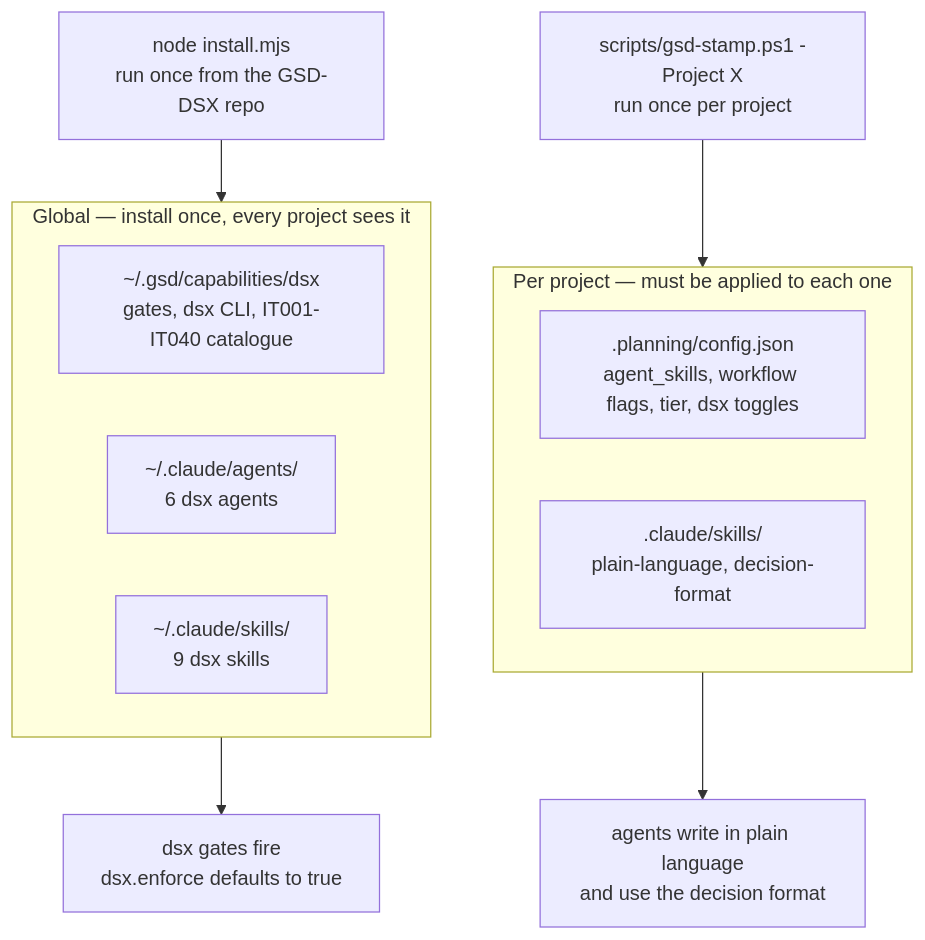
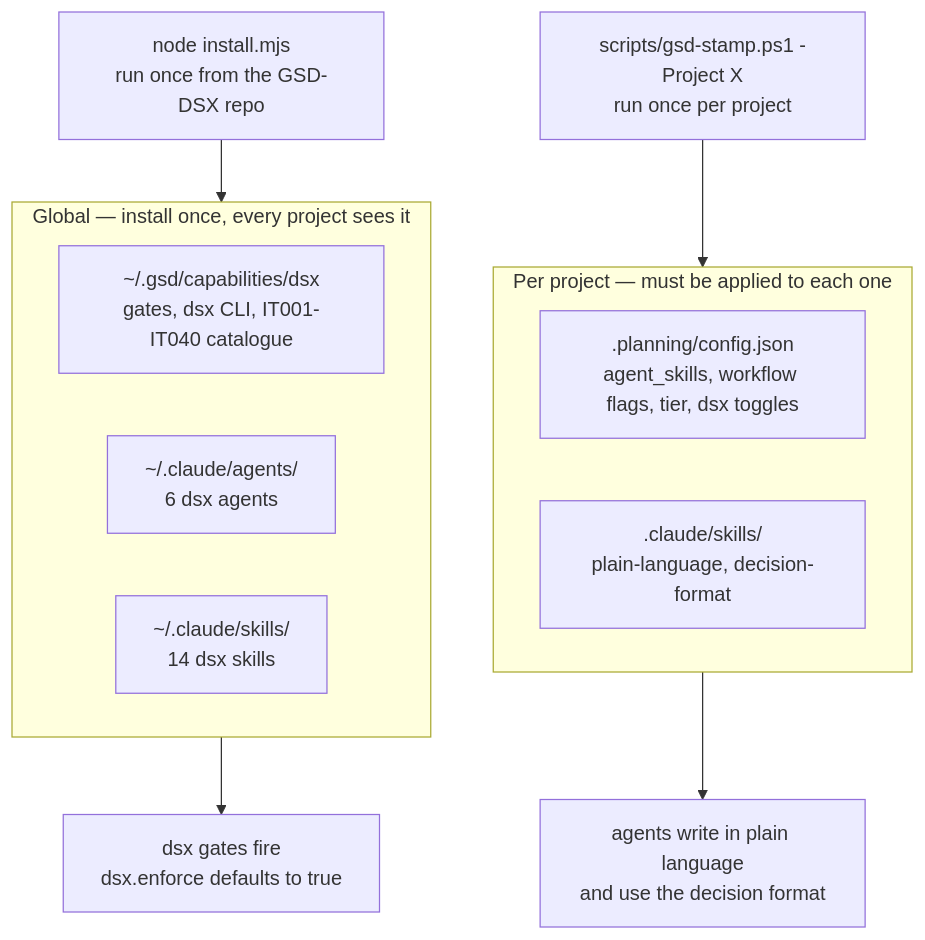
Before and after one commit to RafaelBraga-Kribitz/GSD-DSX: the first of 9 diagrams in docs/operating-guide.md, drawn with Mermaid. The commit also changed 55 other files, not shown here.

````diff
--- a/docs/operating-guide.md
+++ b/docs/operating-guide.md
@@ -21,19 +21,19 @@
 ```mermaid
 flowchart TD
     subgraph GLOBAL["Global — install once, every project sees it"]
         A["~/.gsd/capabilities/dsx<br/>gates, dsx CLI, IT001-IT040 catalogue"]
         B["~/.claude/agents/<br/>6 dsx agents"]
-        C["~/.claude/skills/<br/>9 dsx skills"]
+        C["~/.claude/skills/<br/>14 dsx skills"]
     end
 
     subgraph PROJECT["Per project — must be applied to each one"]
         D[".planning/config.json<br/>agent_skills, workflow flags, tier, dsx toggles"]
         E[".claude/skills/<br/>plain-language, decision-format"]
     end
 
     F["node install.mjs<br/>run once from the GSD-DSX repo"] --> GLOBAL
     G["scripts/gsd-stamp.ps1 -Project X<br/>run once per project"] --> PROJECT
 
     GLOBAL --> H["dsx gates fire<br/>dsx.enforce defaults to true"]
     PROJECT --> I["agents write in plain language<br/>and use the decision format"]
 ```
````
